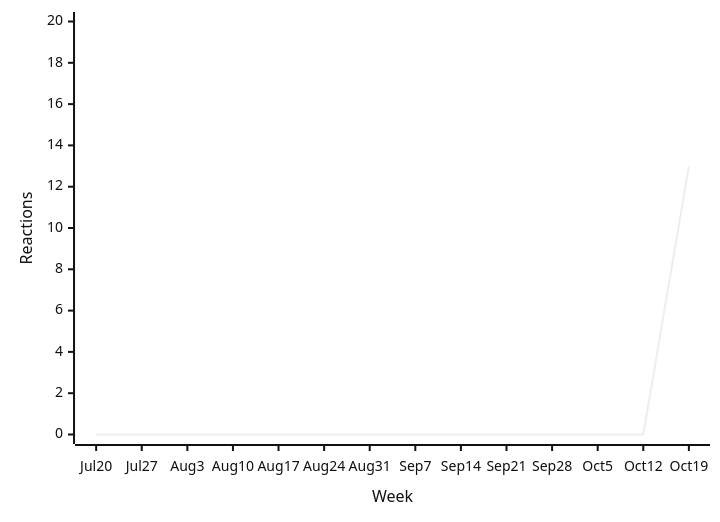
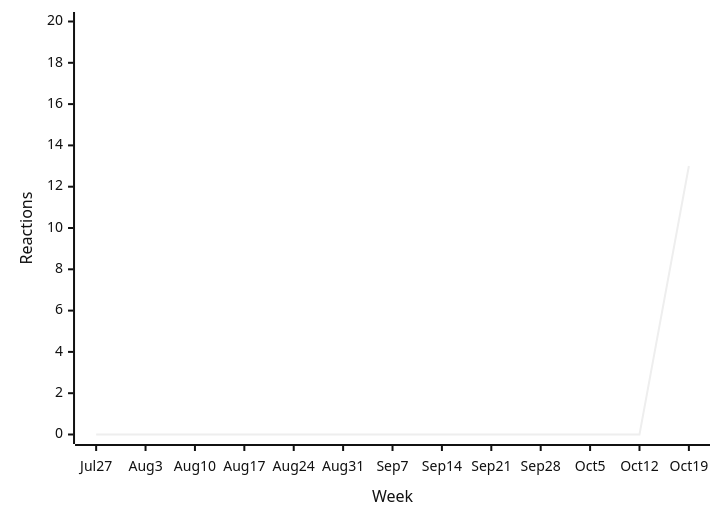
Before and after one commit to loic-sharma/github-insights: diagram 13 of 39 in README.md, drawn with Mermaid (neutral theme). The commit also changed other lines of this file and 3 other files, not shown here.

````diff
--- a/README.md
+++ b/README.md
@@ -545,6 +528,6 @@
   ```mermaid
   xychart-beta
-    x-axis "Week" [Jul 20, Jul 27, Aug 3, Aug 10, Aug 17, Aug 24, Aug 31, Sep 7, Sep 14, Sep 21, Sep 28, Oct 5, Oct 12, Oct 19]
+    x-axis "Week" [Jul 27, Aug 3, Aug 10, Aug 17, Aug 24, Aug 31, Sep 7, Sep 14, Sep 21, Sep 28, Oct 5, Oct 12, Oct 19]
     y-axis "Reactions" 0 --> 20
-    line [0, 0, 0, 0, 0, 0, 0, 0, 0, 0, 0, 0, 0, 13]
+    line [0, 0, 0, 0, 0, 0, 0, 0, 0, 0, 0, 0, 13]
   ```
````
